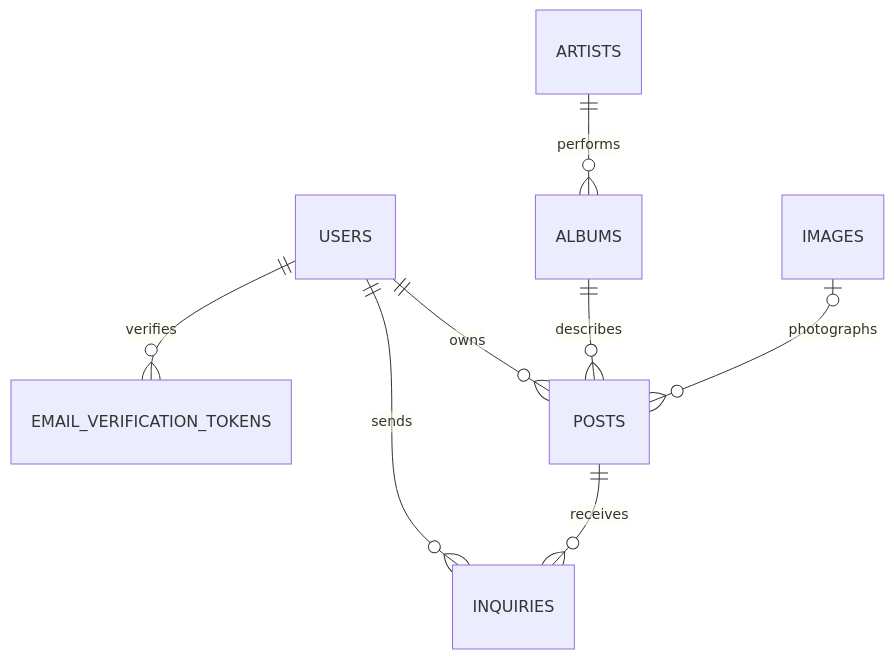
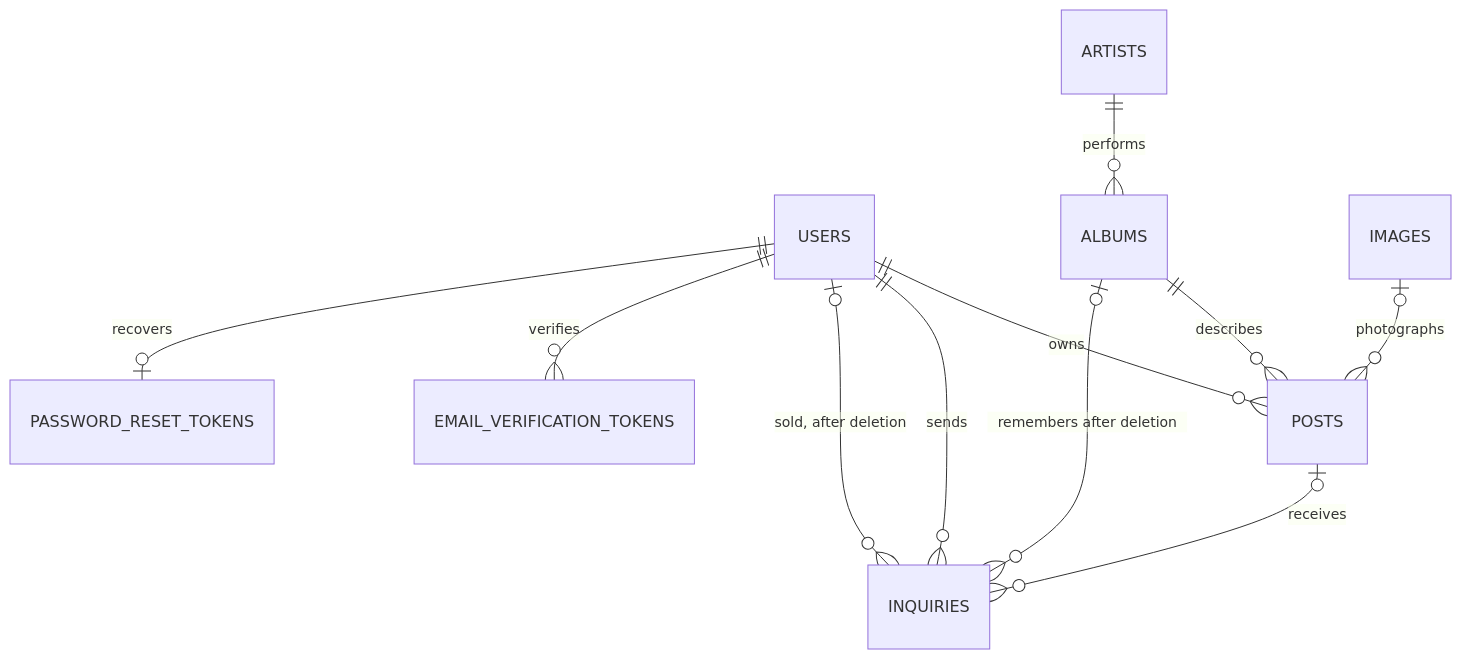
One commit to BautistaPessagno/PAW_Vault changed the diagram in Domain and identity.md. Above: the diagram before and after it, drawn with Mermaid. The commit also changed other lines of this file and 160 other files, not shown here.

````diff
--- a/Domain and identity.md
+++ b/Domain and identity.md
@@ -27,10 +28,13 @@
 ```mermaid
 erDiagram
     USERS ||--o{ POSTS : owns
     ARTISTS ||--o{ ALBUMS : performs
     ALBUMS ||--o{ POSTS : describes
     IMAGES o|--o{ POSTS : photographs
-    POSTS ||--o{ INQUIRIES : receives
+    POSTS |o--o{ INQUIRIES : receives
+    ALBUMS |o--o{ INQUIRIES : "remembers after deletion"
     USERS ||--o{ INQUIRIES : sends
+    USERS |o--o{ INQUIRIES : "sold, after deletion"
     USERS ||--o{ EMAIL_VERIFICATION_TOKENS : verifies
+    USERS ||--o| PASSWORD_RESET_TOKENS : recovers
 ```
````
